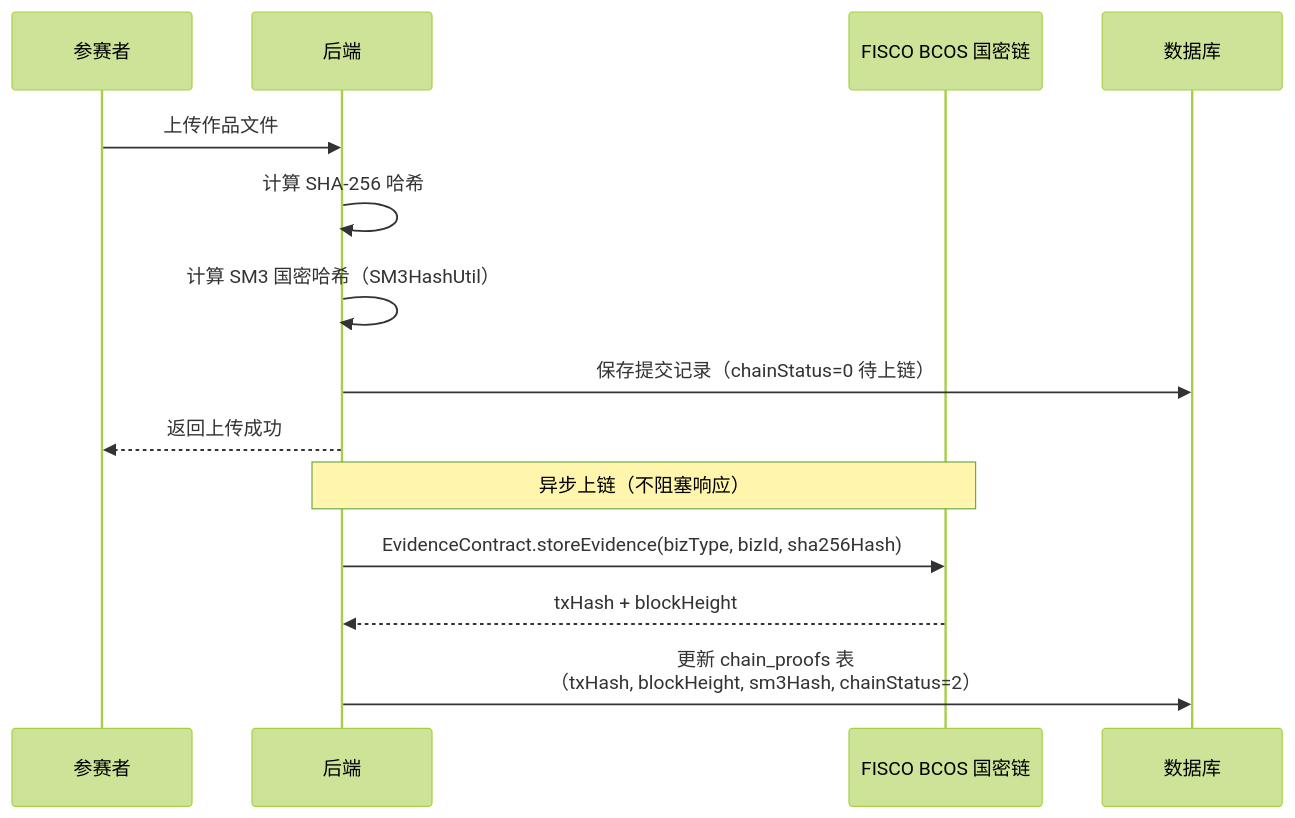
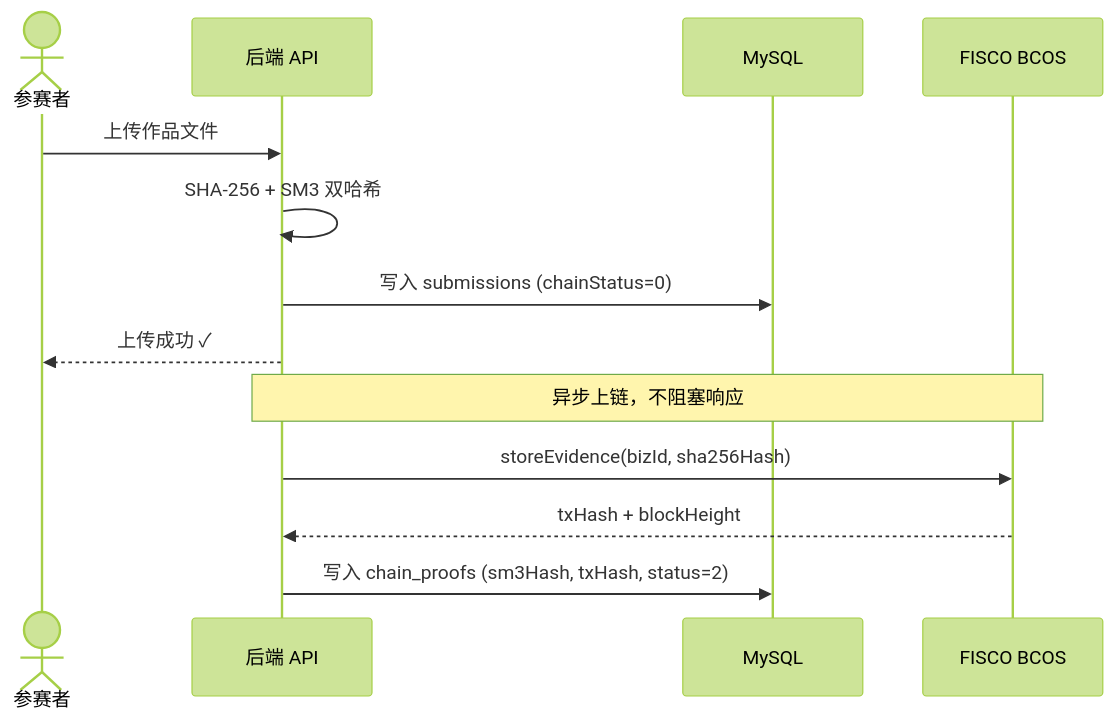
One commit to zzzzzzzzzzhy/zk_fisco_platform changed the second of 4 diagrams in README.md. Above: the diagram before and after it, drawn with Mermaid (forest theme). The commit also changed other lines of this file and 1 other file, not shown here.

Commit message:
优化 Mermaid 图表：简化节点、去掉换行、统一用 flowchart

````diff
--- a/README.md
+++ b/README.md
@@ -75,18 +52,17 @@
 ```mermaid
 sequenceDiagram
-    participant User as 参赛者
-    participant Backend as 后端
-    participant FISCO as FISCO BCOS 国密链
-    participant DB as 数据库
+    actor User as 参赛者
+    participant API as 后端 API
+    participant DB as MySQL
+    participant FISCO as FISCO BCOS
 
-    User->>Backend: 上传作品文件
-    Backend->>Backend: 计算 SHA-256 哈希
-    Backend->>Backend: 计算 SM3 国密哈希（SM3HashUtil）
-    Backend->>DB: 保存提交记录（chainStatus=0 待上链）
-    Backend-->>User: 返回上传成功
+    User->>API: 上传作品文件
+    API->>API: SHA-256 + SM3 双哈希
+    API->>DB: 写入 submissions (chainStatus=0)
+    API-->>User: 上传成功 ✓
 
-    Note over Backend,FISCO: 异步上链（不阻塞响应）
-    Backend->>FISCO: EvidenceContract.storeEvidence(bizType, bizId, sha256Hash)
-    FISCO-->>Backend: txHash + blockHeight
-    Backend->>DB: 更新 chain_proofs 表<br/>（txHash, blockHeight, sm3Hash, chainStatus=2）
+    Note over API,FISCO: 异步上链，不阻塞响应
+    API->>FISCO: storeEvidence(bizId, sha256Hash)
+    FISCO-->>API: txHash + blockHeight
+    API->>DB: 写入 chain_proofs (sm3Hash, txHash, status=2)
 ```
````
